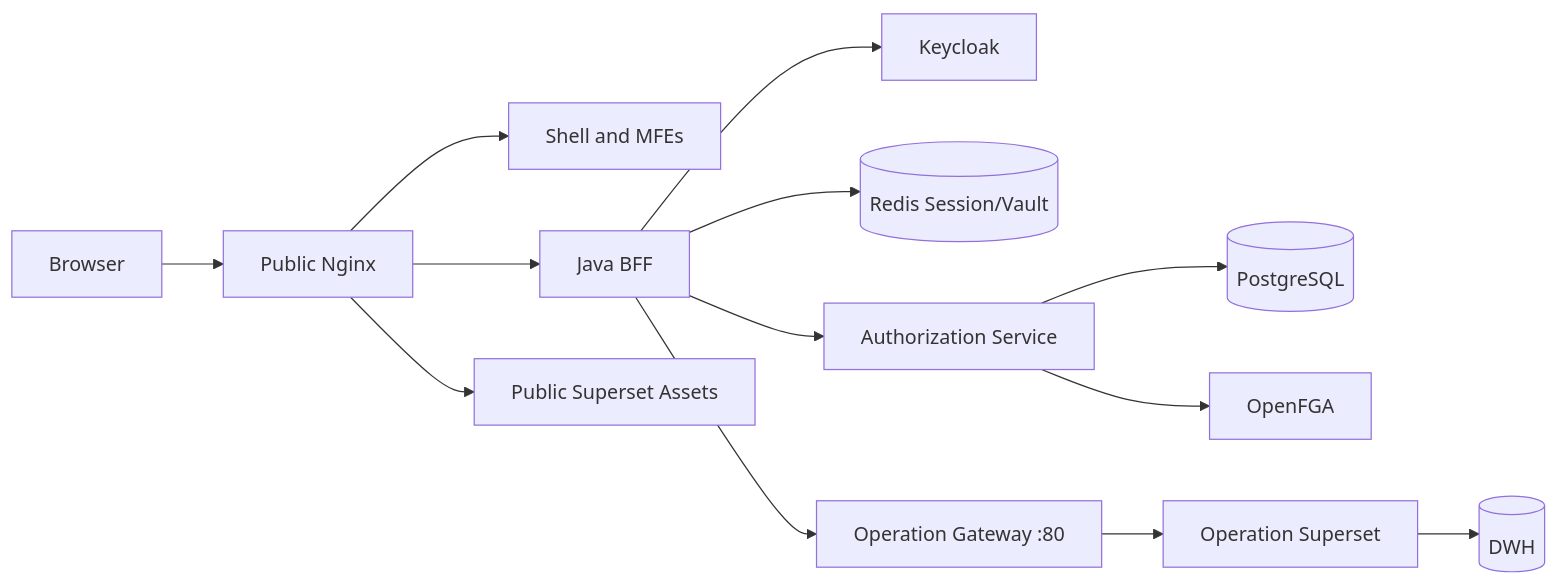
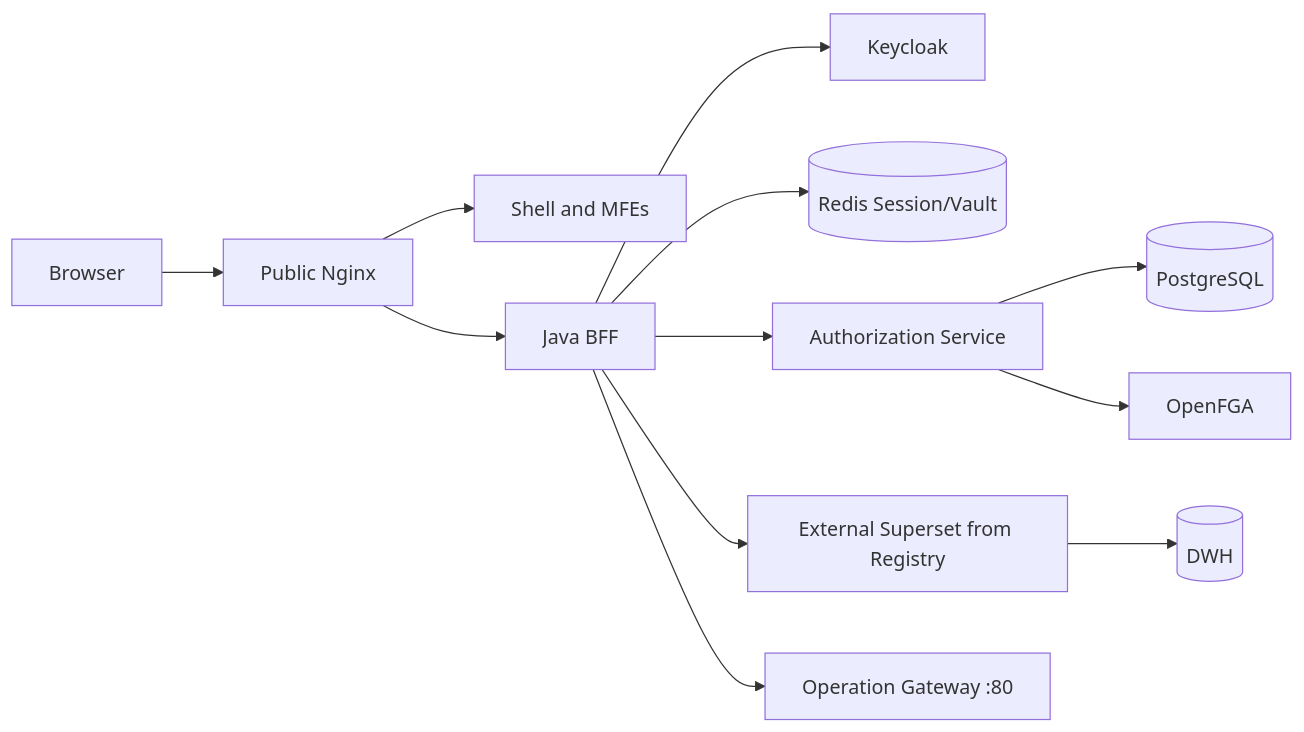
The diagram in docs/guide-en.md (mahdiporkar/aurevia-super-app), drawn with Mermaid before and after one commit. The commit also changed other lines of this file and 58 other files, not shown here.

````diff
--- a/docs/guide-en.md
+++ b/docs/guide-en.md
@@ -31,15 +31,14 @@
 ```mermaid
 flowchart LR
   U[Browser] --> N[Public Nginx]
   N --> S[Shell and MFEs]
   N --> B[Java BFF]
   B --> K[Keycloak]
   B --> R[(Redis Session/Vault)]
   B --> A[Authorization Service]
   A --> P[(PostgreSQL)]
   A --> F[OpenFGA]
-  N --> PS[Public Superset Assets]
+  B --> OS[External Superset from Registry]
   B --> G[Operation Gateway :80]
-  G --> OS[Operation Superset]
   OS --> D[(DWH)]
 ```
````
